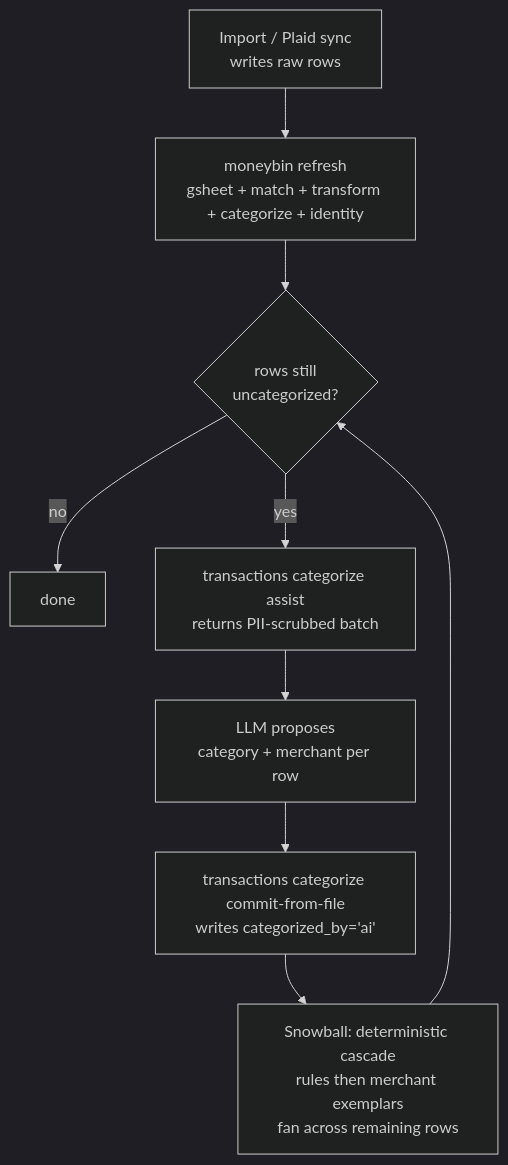
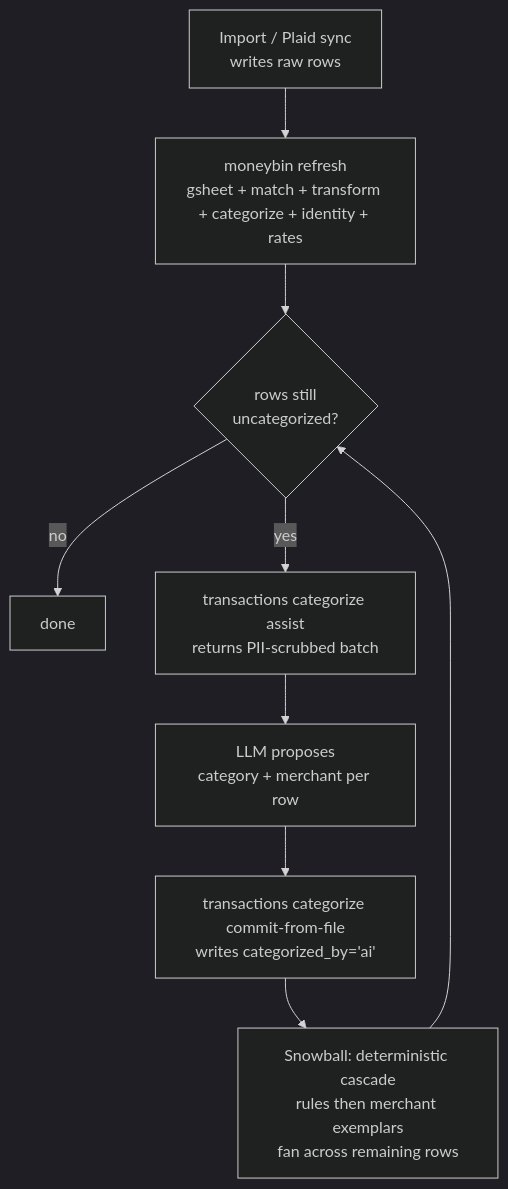
The diagram in docs/guides/categorization.md (bsaffel/moneybin), drawn with Mermaid (dark theme) before and after one commit. The commit also changed other lines of this file and 39 other files, not shown here.

````diff
--- a/docs/guides/categorization.md
+++ b/docs/guides/categorization.md
@@ -42,11 +42,11 @@
 ```mermaid
 flowchart TD
-    A[Import / Plaid sync<br/>writes raw rows] --> B[moneybin refresh<br/>gsheet + match + transform + categorize + identity]
+    A[Import / Plaid sync<br/>writes raw rows] --> B[moneybin refresh<br/>gsheet + match + transform + categorize + identity + rates]
     B --> C{rows still<br/>uncategorized?}
     C -->|no| END[done]
     C -->|yes| D[transactions categorize assist<br/>returns PII-scrubbed batch]
     D --> E[LLM proposes<br/>category + merchant per row]
     E --> F[transactions categorize commit-from-file<br/>writes categorized_by='ai']
     F --> G[Snowball: deterministic cascade<br/>rules then merchant exemplars<br/>fan across remaining rows]
     G --> C
 ```
````
